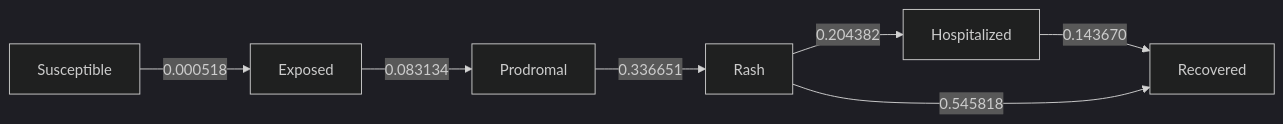
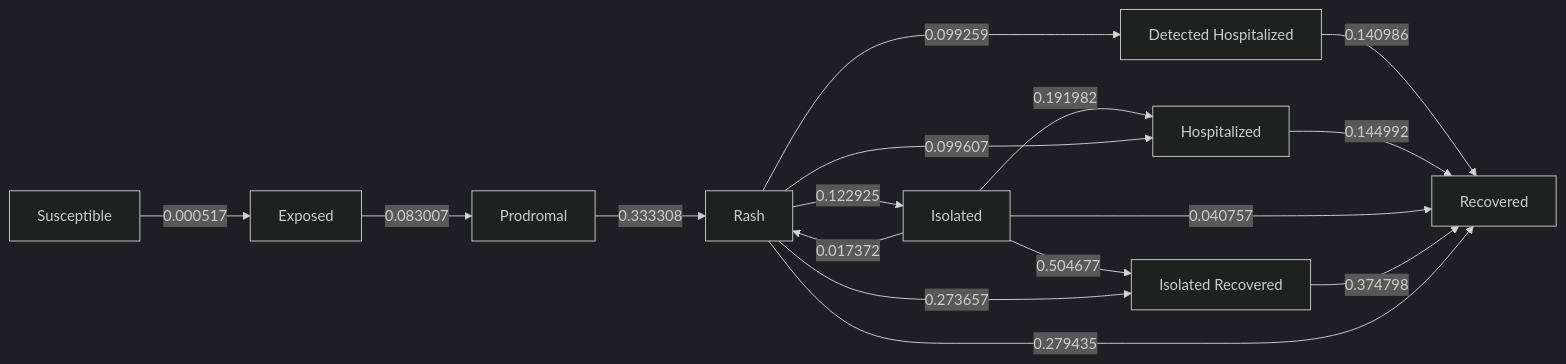
One commit to EpiForeSITE/epiworld-measles changed the diagram in scenarios/new_bridge_88/README.md. Above: the diagram before and after it, drawn with Mermaid (dark theme). The commit also changed other lines of this file and 36 other files, not shown here.

````diff
--- a/scenarios/new_bridge_88/README.md
+++ b/scenarios/new_bridge_88/README.md
@@ -104,16 +104,28 @@
 ``` mermaid
 flowchart LR
-    s0[Exposed]
-    s1[Hospitalized]
-    s2[Prodromal]
-    s3[Rash]
-    s4[Recovered]
-    s5[Susceptible]
-    s0 -->|0.083134| s2
-    s1 -->|0.143670| s4
-    s2 -->|0.336651| s3
-    s3 -->|0.204382| s1
-    s3 -->|0.545818| s4
-    s5 -->|0.000518| s0
+    s0[Detected Hospitalized]
+    s1[Exposed]
+    s2[Hospitalized]
+    s3[Isolated]
+    s4[Isolated Recovered]
+    s5[Prodromal]
+    s6[Rash]
+    s7[Recovered]
+    s8[Susceptible]
+    s0 -->|0.140986| s7
+    s1 -->|0.083007| s5
+    s2 -->|0.144992| s7
+    s3 -->|0.191982| s2
+    s3 -->|0.504677| s4
+    s3 -->|0.017372| s6
+    s3 -->|0.040757| s7
+    s4 -->|0.374798| s7
+    s5 -->|0.333308| s6
+    s6 -->|0.099259| s0
+    s6 -->|0.099607| s2
+    s6 -->|0.122925| s3
+    s6 -->|0.273657| s4
+    s6 -->|0.279435| s7
+    s8 -->|0.000517| s1
 
 ```
````
